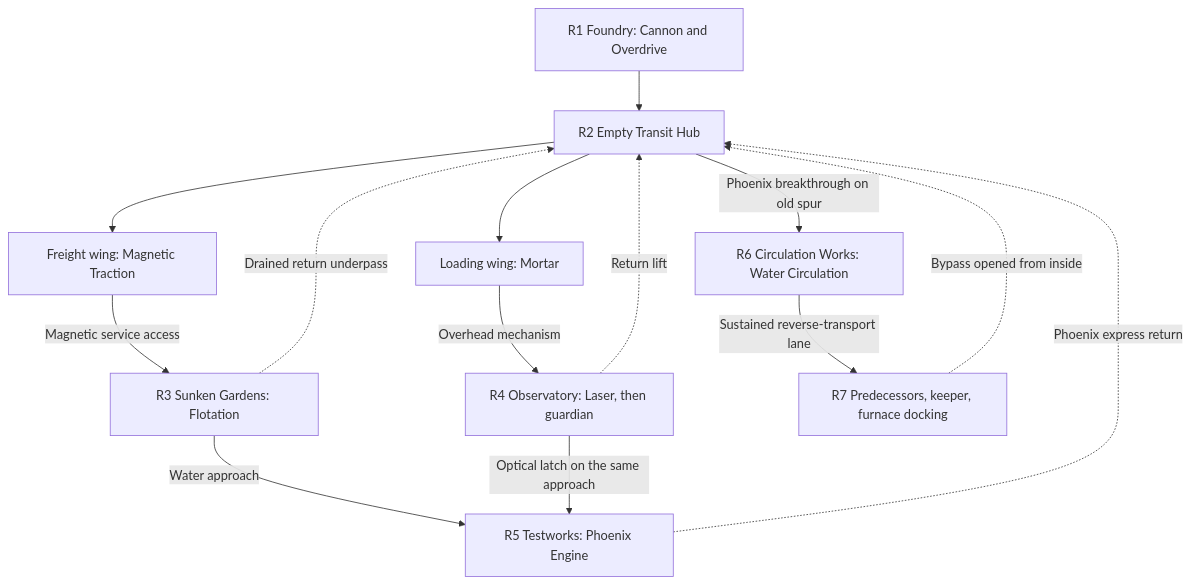
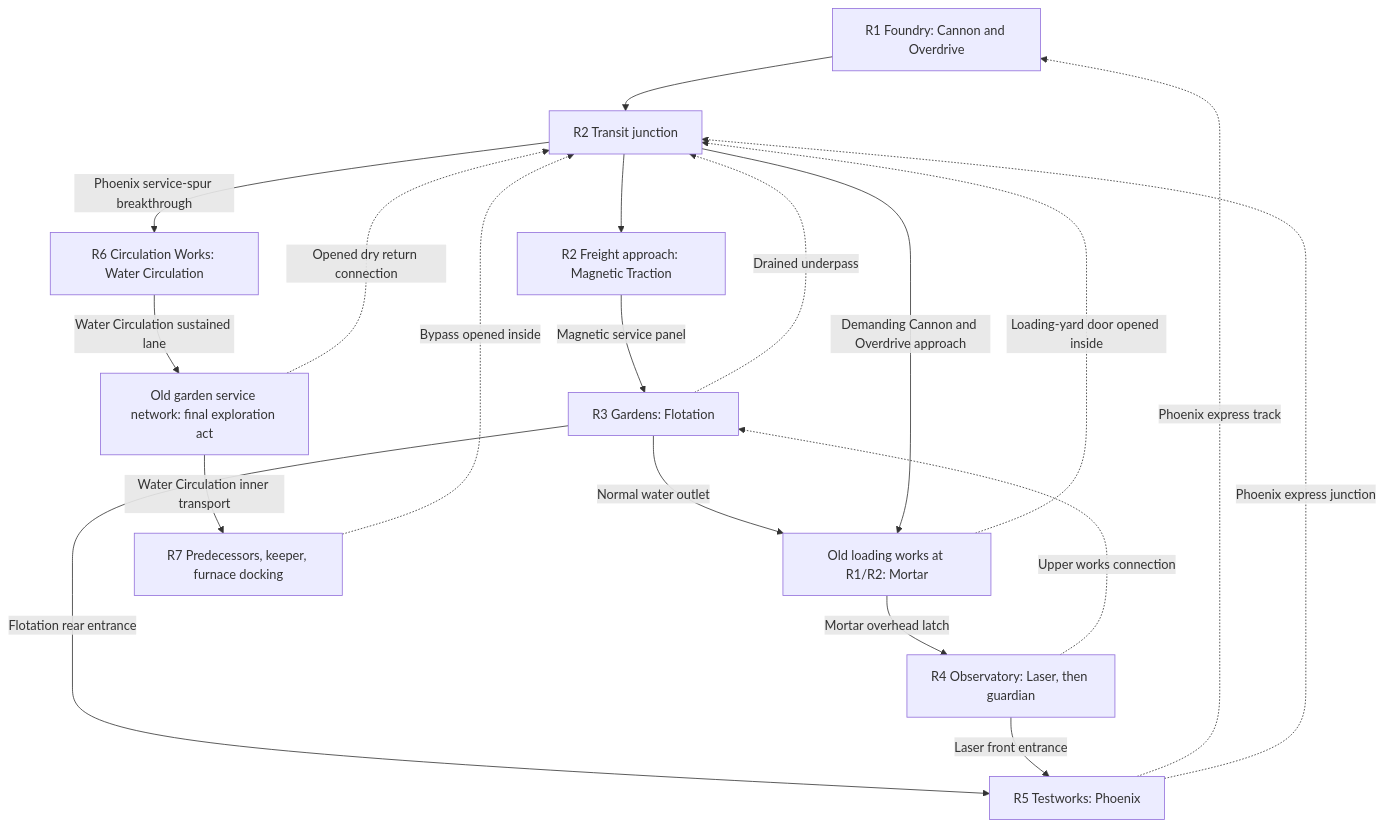
One commit to Milky2018/tankle-adventure-astra changed the diagram in Gamespec.md. Above: the diagram before and after it, drawn with Mermaid. The commit also changed other lines of this file, not shown here.

````diff
--- a/Gamespec.md
+++ b/Gamespec.md
@@ -293,16 +379,21 @@
 ```mermaid
 flowchart TD
-    R1["R1 Foundry: Cannon and Overdrive"] --> R2["R2 Empty Transit Hub"]
-    R2 --> M["Freight wing: Magnetic Traction"]
-    R2 --> O["Loading wing: Mortar"]
-    M -->|Magnetic service access| R3["R3 Sunken Gardens: Flotation"]
-    O -->|Overhead mechanism| R4["R4 Observatory: Laser, then guardian"]
-    R3 -->|Water approach| R5["R5 Testworks: Phoenix Engine"]
-    R4 -->|Optical latch on the same approach| R5
-    R3 -.->|Drained return underpass| R2
-    R4 -.->|Return lift| R2
-    R5 -.->|Phoenix express return| R2
-    R2 -->|Phoenix breakthrough on old spur| R6["R6 Circulation Works: Water Circulation"]
-    R6 -->|Sustained reverse-transport lane| R7["R7 Predecessors, keeper, furnace docking"]
-    R7 -.->|Bypass opened from inside| R2
+    R1["R1 Foundry: Cannon and Overdrive"] --> R2["R2 Transit junction"]
+    R2 --> M["R2 Freight approach: Magnetic Traction"]
+    M -->|Magnetic service panel| R3["R3 Gardens: Flotation"]
+    R3 -->|Normal water outlet| L["Old loading works at R1/R2: Mortar"]
+    R2 -->|Demanding Cannon and Overdrive approach| L
+    L -->|Mortar overhead latch| R4["R4 Observatory: Laser, then guardian"]
+    R3 -->|Flotation rear entrance| R5["R5 Testworks: Phoenix"]
+    R4 -->|Laser front entrance| R5
+    R3 -.->|Drained underpass| R2
+    R4 -.->|Upper works connection| R3
+    L -.->|Loading-yard door opened inside| R2
+    R5 -.->|Phoenix express track| R1
+    R5 -.->|Phoenix express junction| R2
+    R2 -->|Phoenix service-spur breakthrough| R6["R6 Circulation Works: Water Circulation"]
+    R6 -->|Water Circulation sustained lane| K["Old garden service network: final exploration act"]
+    K -.->|Opened dry return connection| R2
+    K -->|Water Circulation inner transport| R7["R7 Predecessors, keeper, furnace docking"]
+    R7 -.->|Bypass opened inside| R2
 ```
````
